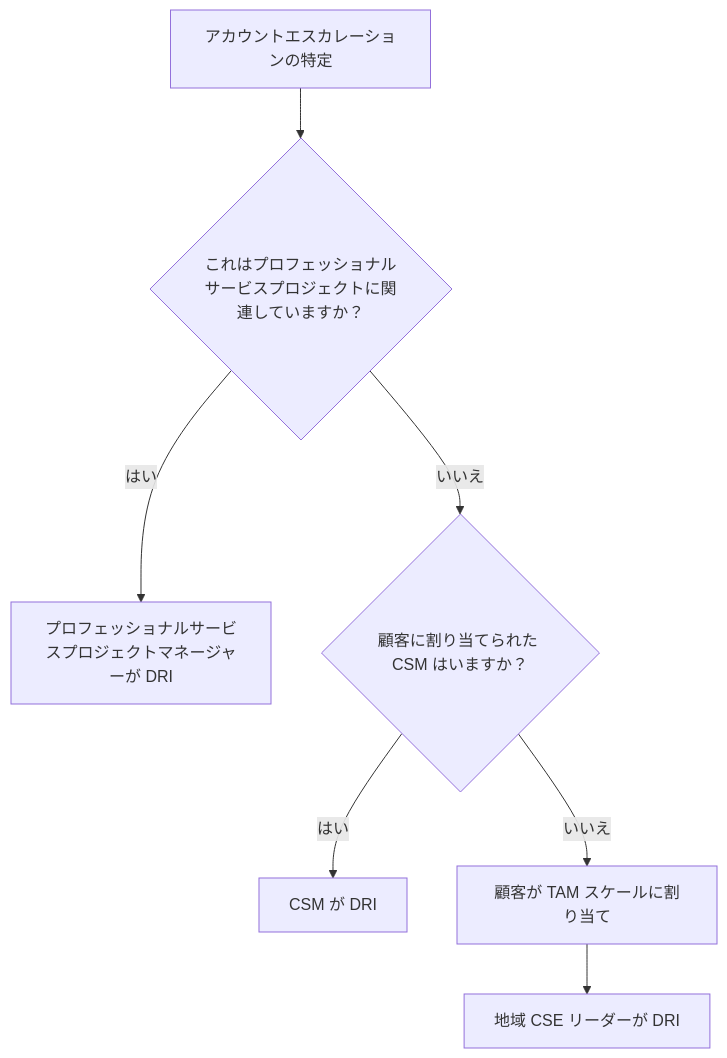
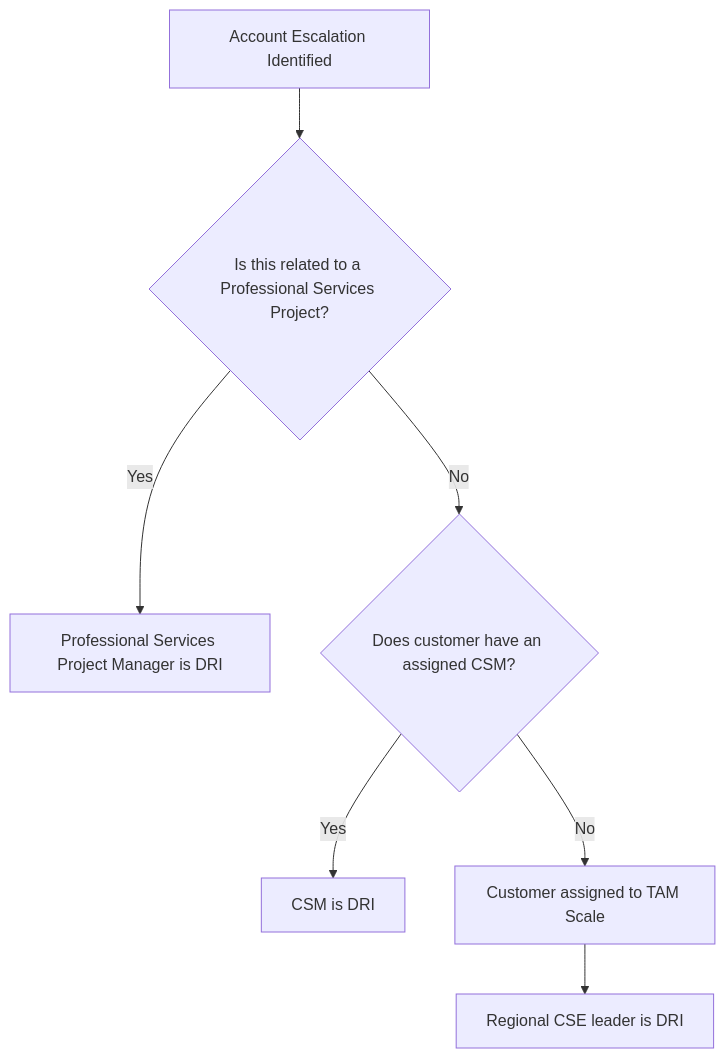
Before and after one commit to kyama0/gitlab-handbook-ja: the first of 2 diagrams in content/handbook/customer-experience/csm/escalations/_index.md, drawn with Mermaid. The commit also changed other lines of this file and 6 other files, not shown here.

````diff
--- a/content/handbook/customer-experience/csm/escalations/_index.md
+++ b/content/handbook/customer-experience/csm/escalations/_index.md
@@ -56,9 +56,9 @@
 ```mermaid
 flowchart TD;
-    A[アカウントエスカレーションの特定] --> B{これはプロフェッショナルサービスプロジェクトに関連していますか？};
-    B -->|はい| C[プロフェッショナルサービスプロジェクトマネージャーが DRI];
-    B -->|いいえ| D{顧客に割り当てられた CSM はいますか？};
-    D -->|はい| E[CSM が DRI];
-    D -->|いいえ| F[顧客が TAM スケールに割り当て];
-    F --> G[地域 CSE リーダーが DRI];
+    A[Account Escalation Identified] --> B{Is this related to a Professional Services Project?};
+    B -->|Yes| C[Professional Services Project Manager is DRI];
+    B -->|No| D{Does customer have an assigned CSM?};
+    D -->|Yes| E[CSM is DRI];
+    D -->|No| F[Customer assigned to TAM Scale];
+    F --> G[Regional CSE leader is DRI];
 ```
````
